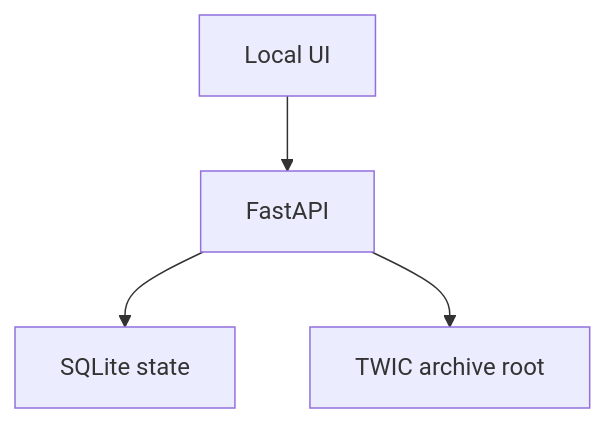
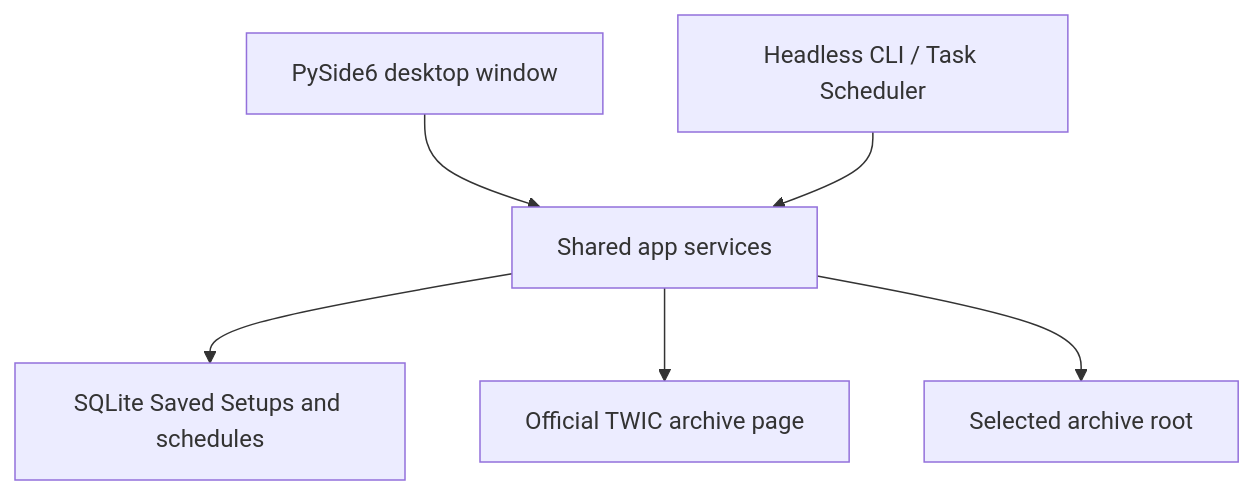
The diagram in docs/architecture.md (codeguy-jv2080/twic-archive-manager), drawn with Mermaid before and after one commit. The commit also changed other lines of this file and 25 other files, not shown here.

Commit message:
Build standalone TWIC Archive Manager desktop app

````diff
--- a/docs/architecture.md
+++ b/docs/architecture.md
@@ -5,6 +6,8 @@
 ```mermaid
 flowchart TD
-  UI["Local UI"] --> API["FastAPI"]
-  API --> DB["SQLite state"]
-  API --> Files["TWIC archive root"]
+  Window["PySide6 desktop window"] --> Services["Shared app services"]
+  CLI["Headless CLI / Task Scheduler"] --> Services
+  Services --> DB["SQLite Saved Setups and schedules"]
+  Services --> TWIC["Official TWIC archive page"]
+  Services --> Files["Selected archive root"]
 ```
````
